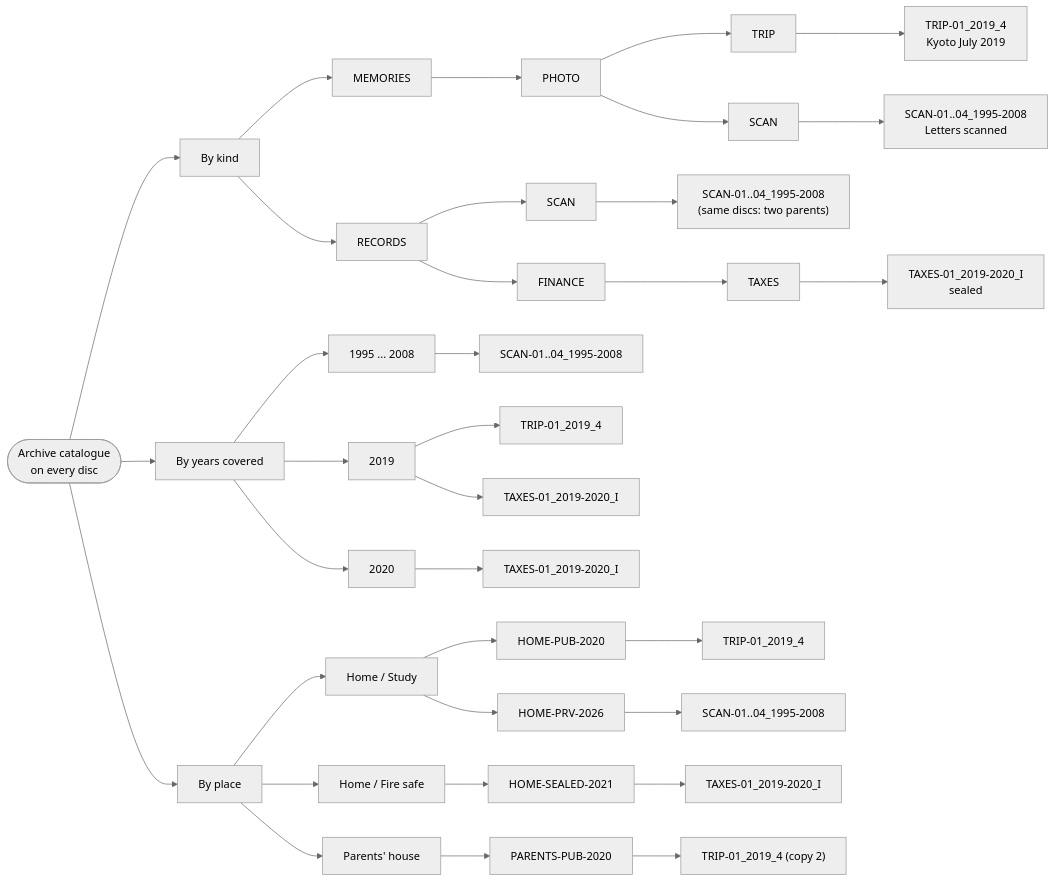
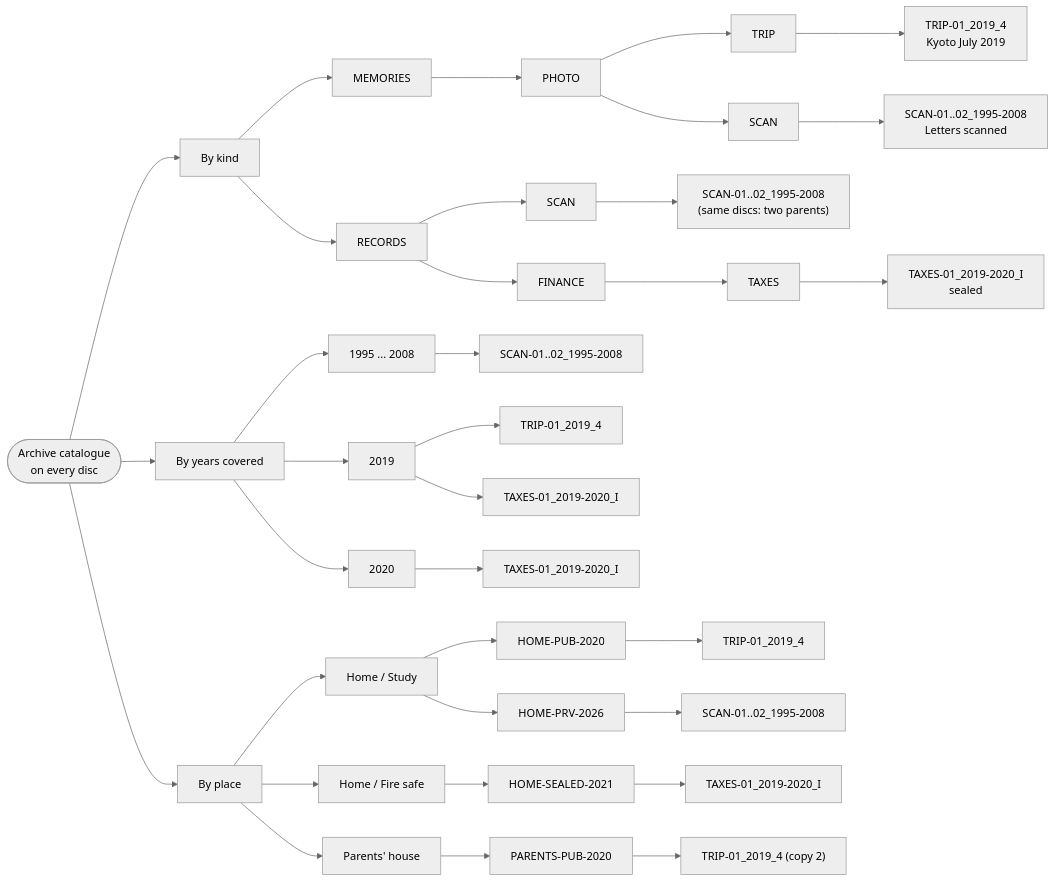
Before and after one commit to mofosyne/arv: the diagram in docs/shelving.md, drawn with Mermaid (neutral theme). The commit also changed 5 other files, not shown here.

First line of the commit message:
Sample counts: six discs, 52 MB (udfwrite's smaller overhead fits the letters on two discs)

````diff
--- a/docs/shelving.md
+++ b/docs/shelving.md
@@ -65,24 +65,24 @@
 ```mermaid
 flowchart LR
     A([Archive catalogue<br/>on every disc])
 
     A --> K[By kind]
     K --> KM[MEMORIES] --> KP[PHOTO]
     KP --> KT[TRIP] --> k1["TRIP-01_2019_4<br/>Kyoto July 2019"]
-    KP --> KS[SCAN] --> k2["SCAN-01..04_1995-2008<br/>Letters scanned"]
+    KP --> KS[SCAN] --> k2["SCAN-01..02_1995-2008<br/>Letters scanned"]
     K --> KR[RECORDS]
-    KR --> KS2[SCAN] --> k3["SCAN-01..04_1995-2008<br/>(same discs: two parents)"]
+    KR --> KS2[SCAN] --> k3["SCAN-01..02_1995-2008<br/>(same discs: two parents)"]
     KR --> KF[FINANCE] --> KX[TAXES] --> k4["TAXES-01_2019-2020_I<br/>sealed"]
 
     A --> Y[By years covered]
-    Y --> Y1[1995 ... 2008] --> y1["SCAN-01..04_1995-2008"]
+    Y --> Y1[1995 ... 2008] --> y1["SCAN-01..02_1995-2008"]
     Y --> Y2[2019] --> y2["TRIP-01_2019_4"]
     Y2 --> y3["TAXES-01_2019-2020_I"]
     Y --> Y3[2020] --> y4["TAXES-01_2019-2020_I"]
 
     A --> P[By place]
     P --> PH[Home / Study] --> PB[HOME-PUB-2020] --> p1["TRIP-01_2019_4"]
-    PH --> PB2[HOME-PRV-2026] --> p2["SCAN-01..04_1995-2008"]
+    PH --> PB2[HOME-PRV-2026] --> p2["SCAN-01..02_1995-2008"]
     P --> PS[Home / Fire safe] --> PS1[HOME-SEALED-2021] --> p3["TAXES-01_2019-2020_I"]
     P --> PP[Parents' house] --> PP1[PARENTS-PUB-2020] --> p4["TRIP-01_2019_4 (copy 2)"]
 ```
````
